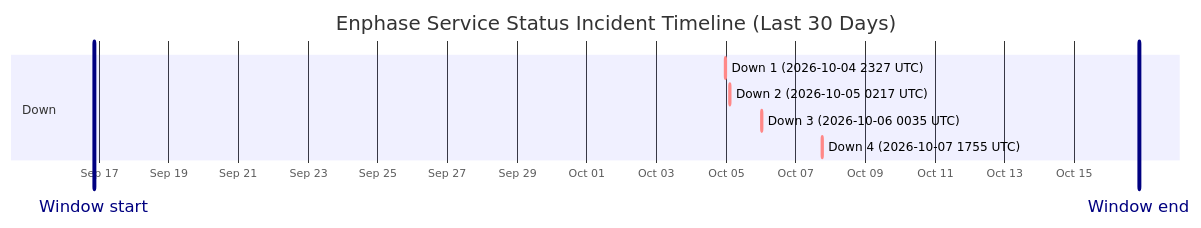
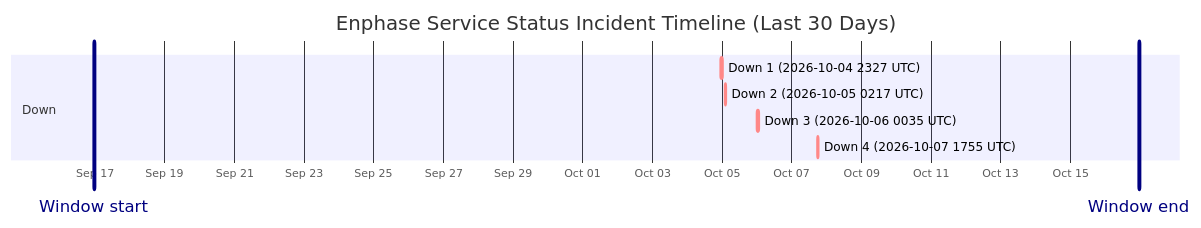
The diagram in wiki/Service-Status-History.md (barneyonline/ha-enphase-energy), drawn with Mermaid before and after one commit. The commit also changed other lines of this file and 3 other files, not shown here.

````diff
--- a/wiki/Service-Status-History.md
+++ b/wiki/Service-Status-History.md
@@ -14,13 +14,13 @@
 ```mermaid
 gantt
     title Enphase Service Status Incident Timeline (Last 30 Days)
     dateFormat  YYYY-MM-DDTHH:mm:ss
     axisFormat  %b %d
-    Window start :vert, window-start, 2026-09-16T20:31:07, 0ms
-    Window end :vert, window-end, 2026-10-16T20:31:07, 0ms
+    Window start :vert, window-start, 2026-09-16T23:14:50, 0ms
+    Window end :vert, window-end, 2026-10-16T23:14:50, 0ms
     section Down
     Down 1 (2026-10-04 2327 UTC) :crit, down-1, 2026-10-04T23:27:34, 60m
     Down 2 (2026-10-05 0217 UTC) :crit, down-2, 2026-10-05T02:17:30, 60m
     Down 3 (2026-10-06 0035 UTC) :crit, down-3, 2026-10-06T00:35:21, 60m
     Down 4 (2026-10-07 1755 UTC) :crit, down-4, 2026-10-07T17:55:16, 60m
 ```
````
